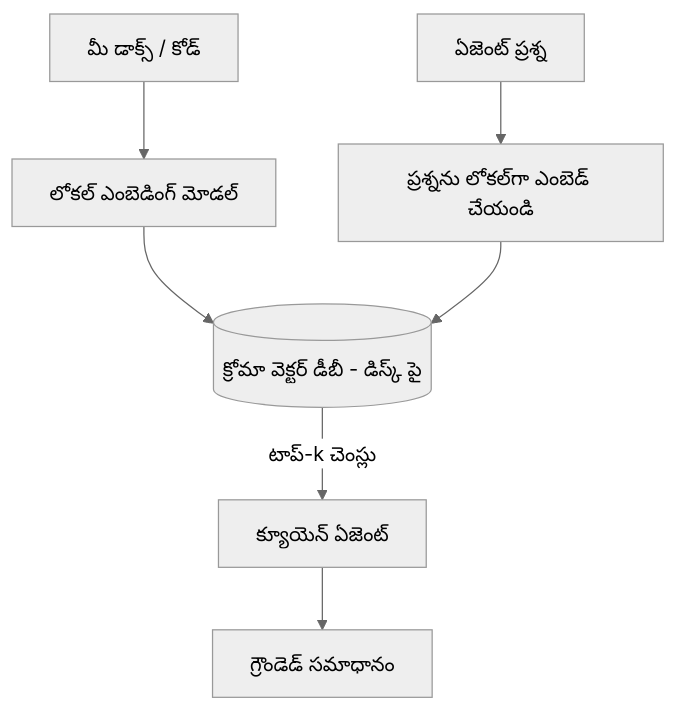
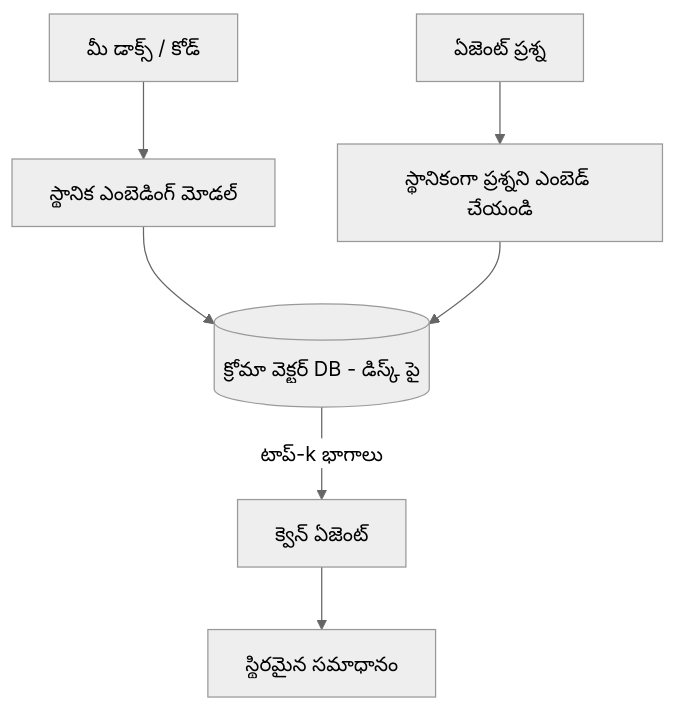
The third of 4 diagrams in mirrors/repos/microsoft@ai-agents-for-beginners/translations/te/17-creating-local-ai-agents/README.md (gabrielmoreira/agent-skills-mirror), drawn with Mermaid (neutral theme) before and after one commit. The commit also changed other lines of this file and 4262 other files, not shown here.

````diff
--- a/mirrors/repos/microsoft@ai-agents-for-beginners/translations/te/17-creating-local-ai-agents/README.md
+++ b/mirrors/repos/microsoft@ai-agents-for-beginners/translations/te/17-creating-local-ai-agents/README.md
@@ -125,9 +125,9 @@
 ```mermaid
 flowchart TB
-    D[మీ డాక్స్ / కోడ్] --> E[లోకల్ ఎంబెడింగ్ మోడల్]
-    E --> V[(క్రోమా వెక్టర్ డీబీ - డిస్క్‌ పై)]
-    Q[ఏజెంట్ ప్రశ్న] --> QE[ప్రశ్నను లోకల్‌గా ఎంబెడ్ చేయండి]
+    D[మీ డాక్స్ / కోడ్] --> E[స్థానిక ఎంబెడింగ్ మోడల్]
+    E --> V[(క్రోమా వెక్టర్ DB - డిస్క్ పై)]
+    Q[ఏజెంట్ ప్రశ్న] --> QE[స్థానికంగా ప్రశ్నని ఎంబెడ్ చేయండి]
     QE --> V
-    V -->|టాప్-k చెంస్లు| A[క్యూయెన్ ఏజెంట్]
-    A --> Ans[గ్రౌండెడ్ సమాధానం]
+    V -->|టాప్-k భాగాలు| A[క్వెన్ ఏజెంట్]
+    A --> Ans[స్థిరమైన సమాధానం]
 ```
````
